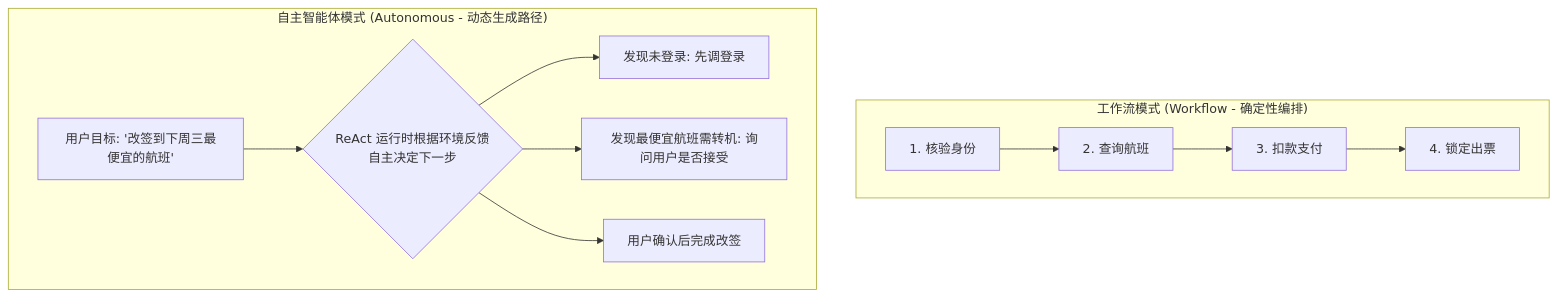
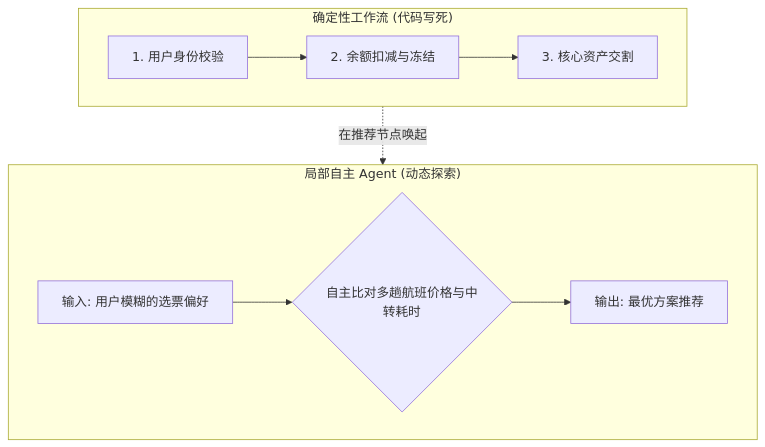
One commit to ljh12138164/ai-agent-study changed the second of 3 diagrams in app/ch01-fundamentals/03-harness-engineering/page.mdx. Above: the diagram before and after it, drawn with Mermaid. The commit also changed other lines of this file and 43 other files, not shown here.

````diff
--- a/app/ch01-fundamentals/03-harness-engineering/page.mdx
+++ b/app/ch01-fundamentals/03-harness-engineering/page.mdx
@@ -57,16 +41,14 @@
 ```mermaid
-graph TD
-    subgraph Workflow["工作流模式 (Workflow - 确定性编排)"]
-        W1[1. 核验身份] --> W2[2. 查询航班]
-        W2 --> W3[3. 扣款支付]
-        W3 --> W4[4. 锁定出票]
+flowchart TD
+    subgraph Workflow["确定性工作流 (代码写死)"]
+        W1[1. 用户身份校验] --> W2[2. 余额扣减与冻结]
+        W2 --> W3[3. 核心资产交割]
     end
 
-    subgraph Autonomous["自主智能体模式 (Autonomous - 动态生成路径)"]
-        A[用户目标: '改签到下周三最便宜的航班']
-        A --> Loop{ReAct 运行时根据环境反馈自主决定下一步}
-        Loop --> A1[发现未登录: 先调登录]
-        Loop --> A2[发现最便宜航班需转机: 询问用户是否接受]
-        Loop --> A3[用户确认后完成改签]
+    subgraph Agent["局部自主 Agent (动态探索)"]
+        A[输入: 用户模糊的选票偏好] --> Loop{自主比对多趟航班价格与中转耗时}
+        Loop --> A_Out[输出: 最优方案推荐]
     end
+
+    Workflow -.->|在推荐节点唤起| Agent
 ```
````
